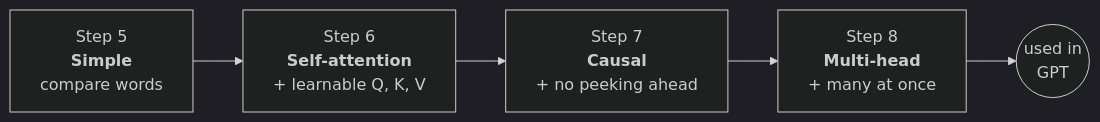
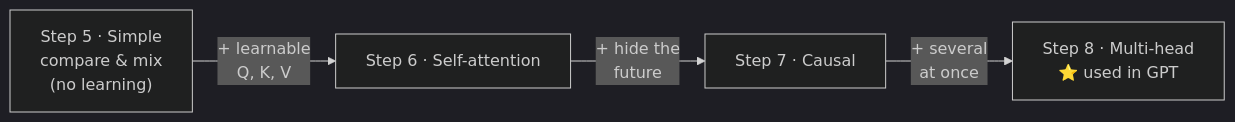
Before and after one commit to Ranjeet0611/tinygpt: the fourth of 17 diagrams in docs/04-attention.md, drawn with Mermaid (dark theme). The commit also changed other lines of this file and 9 other files, not shown here.

````diff
--- a/docs/04-attention.md
+++ b/docs/04-attention.md
@@ -17,7 +55,6 @@
 ```mermaid
 flowchart LR
-    A["Step 5<br/><b>Simple</b><br/>compare words"] --> B["Step 6<br/><b>Self-attention</b><br/>+ learnable Q, K, V"]
-    B --> C["Step 7<br/><b>Causal</b><br/>+ no peeking ahead"]
-    C --> D["Step 8<br/><b>Multi-head</b><br/>+ many at once"]
-    D --> G(("used in<br/>GPT"))
+    A["Step 5 · Simple<br/>compare & mix<br/>(no learning)"] -->|"+ learnable<br/>Q, K, V"| B["Step 6 · Self-attention"]
+    B -->|"+ hide the<br/>future"| C["Step 7 · Causal"]
+    C -->|"+ several<br/>at once"| D["Step 8 · Multi-head<br/>⭐ used in GPT"]
 ```
````
